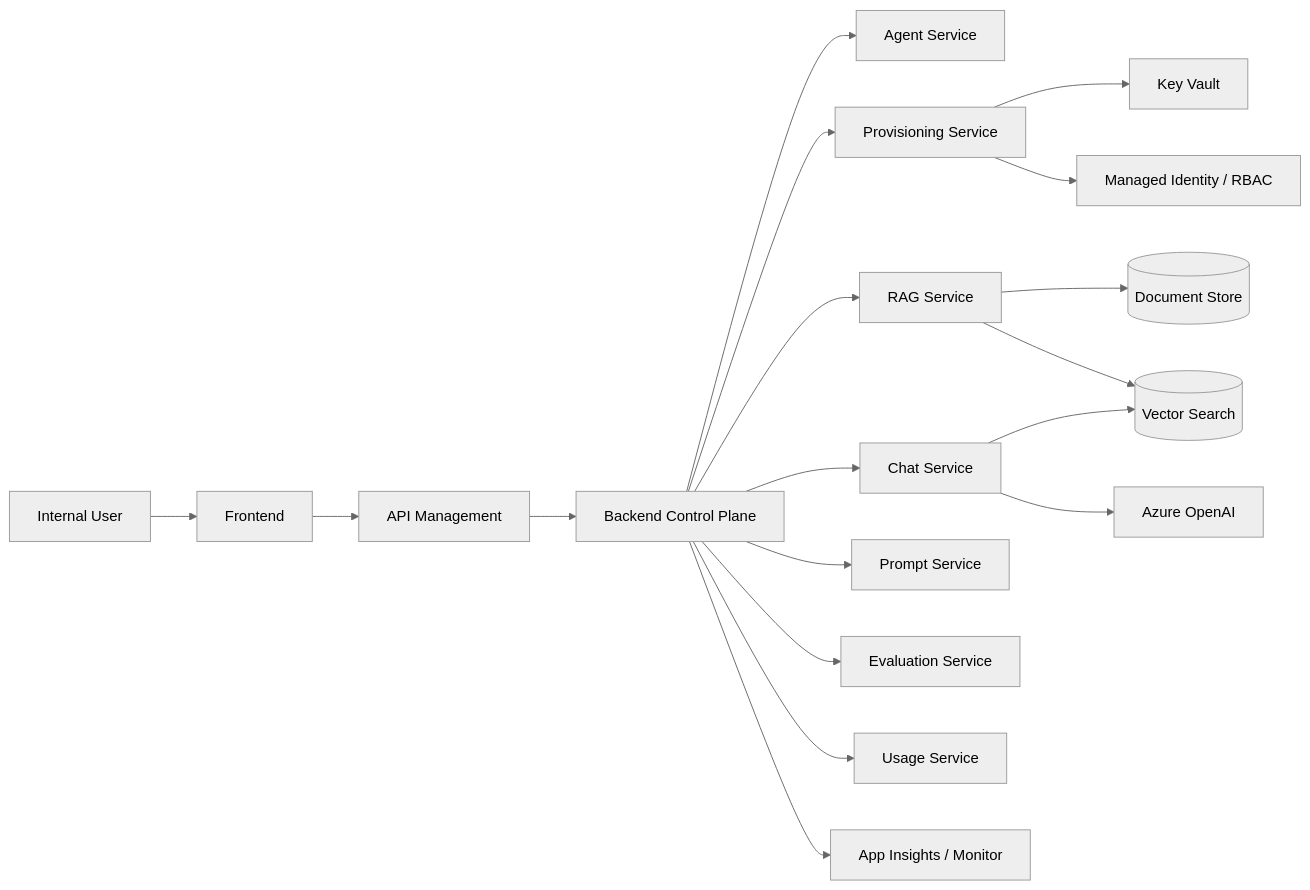
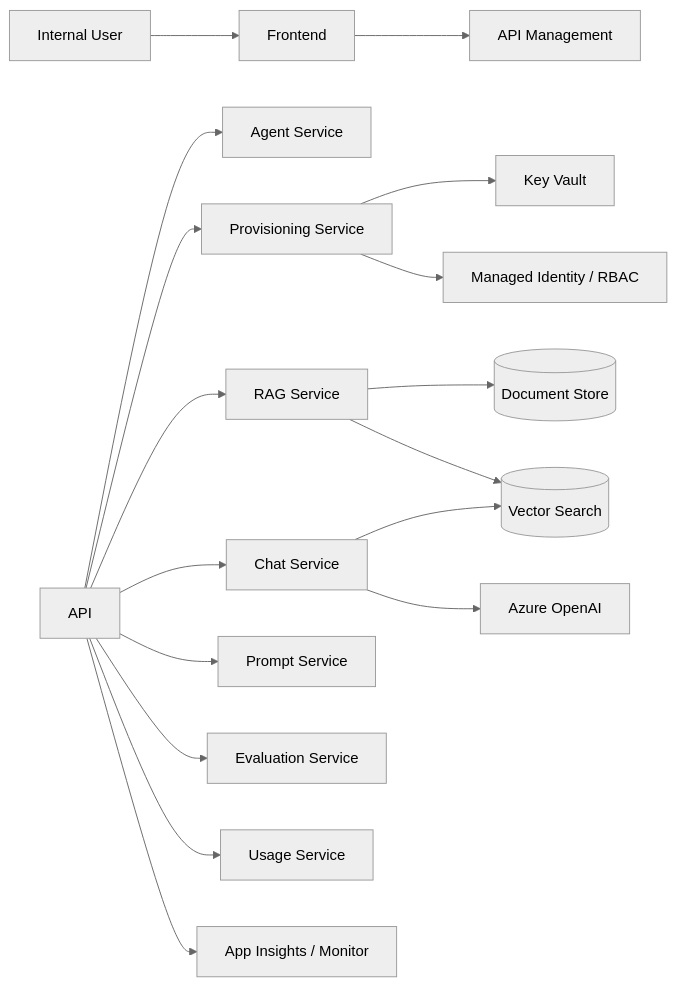
Before and after one commit to Shahidayatar/shahid_vontobel: the diagram in README.md, drawn with Mermaid (neutral theme).

Commit message:
Update flowchart in README to remove Backend Control Plane
Removed the connection from API Management to Backend Control Plane in the flowchart.

````diff
--- a/README.md
+++ b/README.md
@@ -13,20 +13,19 @@
 ```mermaid
 flowchart LR
   U[Internal User] --> FE[Frontend]
   FE --> APIM[API Management]
-  APIM --> API[Backend Control Plane]
   API --> AG[Agent Service]
   API --> PR[Provisioning Service]
   API --> RG[RAG Service]
   API --> CH[Chat Service]
   API --> PM[Prompt Service]
   API --> EV[Evaluation Service]
   API --> US[Usage Service]
   RG --> DS[(Document Store)]
   RG --> VS[(Vector Search)]
   CH --> VS
   CH --> AOAI[Azure OpenAI]
   PR --> KV[Key Vault]
   PR --> MI[Managed Identity / RBAC]
   API --> AI[App Insights / Monitor]
 ```
````
